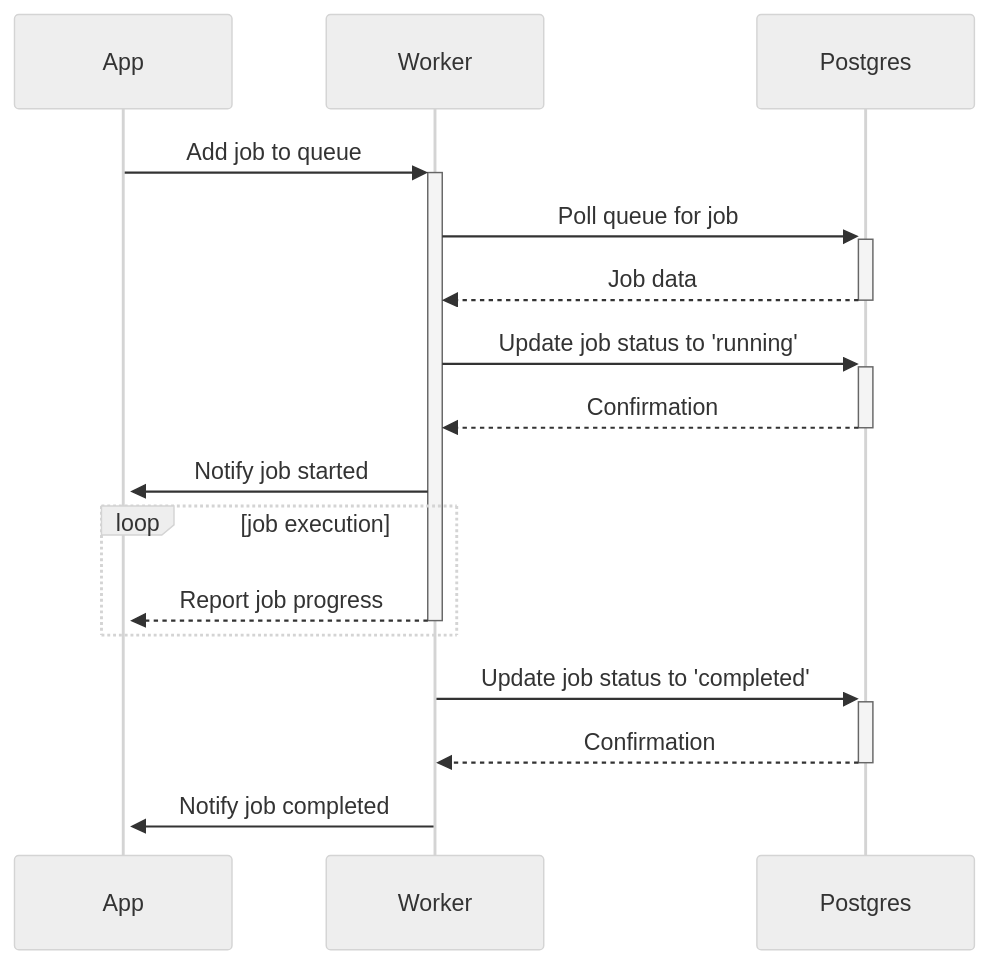
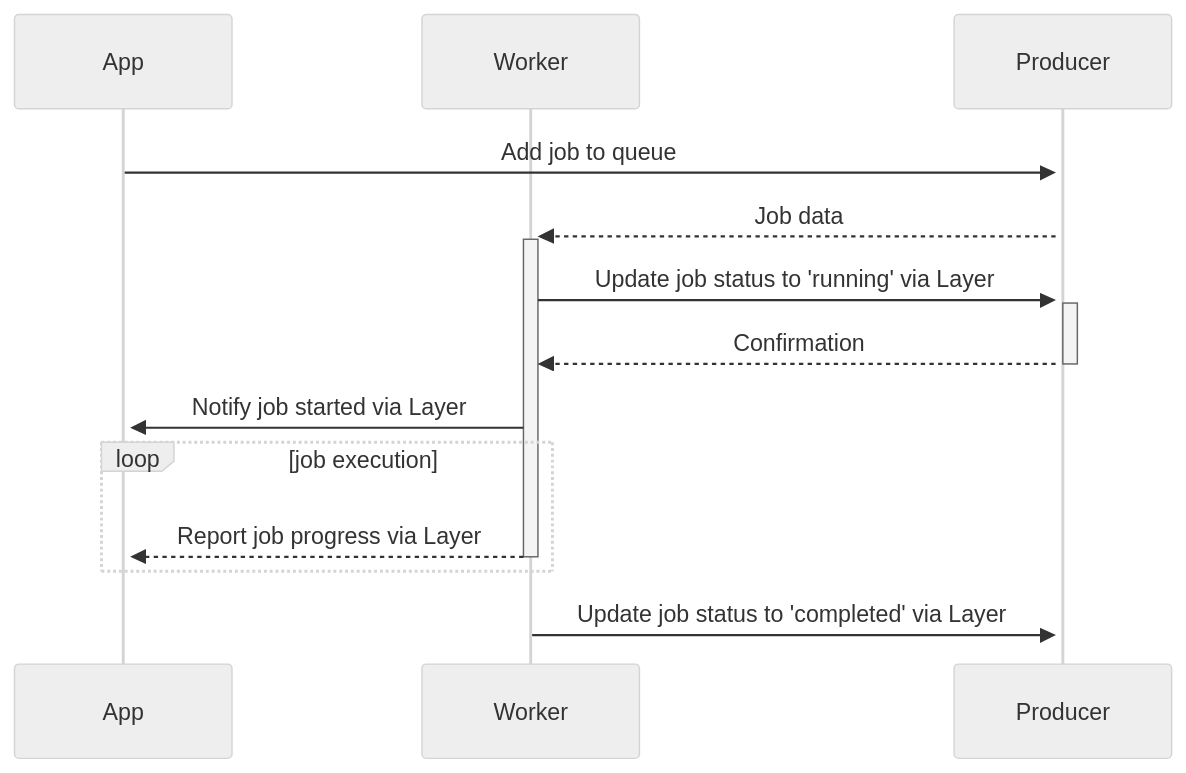
One commit to geofmureithi/apalis changed the diagram in README.md. Above: the diagram before and after it, drawn with Mermaid (neutral theme). The commit also changed other lines of this file, not shown here.

````diff
--- a/README.md
+++ b/README.md
@@ -119,20 +119,16 @@
 ```mermaid
 sequenceDiagram
     participant App
     participant Worker
-    participant Postgres
+    participant Producer
 
-    App->>+Worker: Add job to queue
-    Worker->>+Postgres: Poll queue for job
-    Postgres-->>-Worker: Job data
-    Worker->>+Postgres: Update job status to 'running'
-    Postgres-->>-Worker: Confirmation
-    Worker->>+App: Notify job started
+    App->>+Producer: Add job to queue
+    Producer-->>+Worker: Job data
+    Worker->>+Producer: Update job status to 'running' via Layer
+    Producer-->>-Worker: Confirmation
+    Worker->>+App: Notify job started via Layer
     loop job execution
-        Worker-->>-App: Report job progress
+        Worker-->>-App: Report job progress via Layer
     end
-    Worker->>+Postgres: Update job status to 'completed'
-    Postgres-->>-Worker: Confirmation
-    Worker->>+App: Notify job completed
-
+    Worker->>+Producer: Update job status to 'completed' via Layer
 ```
````
